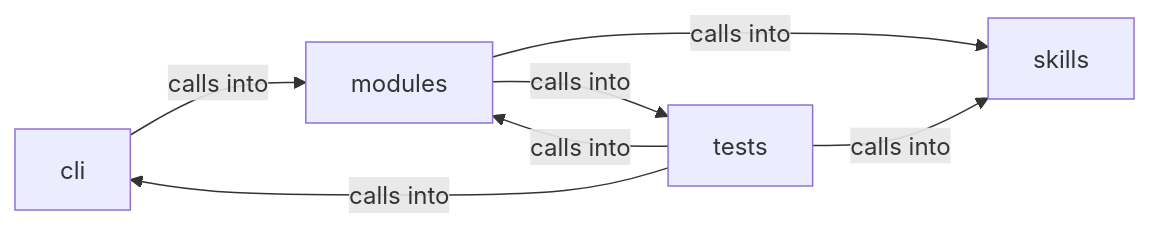
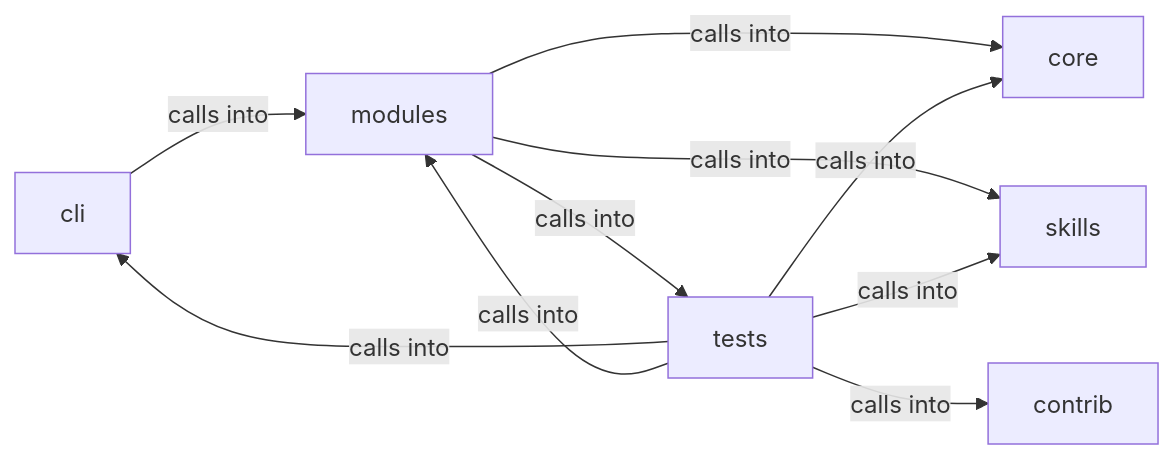
The diagram in readmenator-diagrams/modules_lazyown_facts.md (grisuno/LazyOwn), drawn with Mermaid before and after one commit. The commit also changed other lines of this file and 424 other files, not shown here.

````diff
--- a/readmenator-diagrams/modules_lazyown_facts.md
+++ b/readmenator-diagrams/modules_lazyown_facts.md
@@ -5,13 +5,18 @@
 ```mermaid
 graph LR
     cli["cli"]
+    contrib["contrib"]
+    core["core"]
     modules["modules"]
     skills["skills"]
     tests["tests"]
     cli -- "calls into" --> modules
+    modules -- "calls into" --> core
     modules -- "calls into" --> skills
     modules -- "calls into" --> tests
     tests -- "calls into" --> cli
+    tests -- "calls into" --> contrib
+    tests -- "calls into" --> core
     tests -- "calls into" --> modules
     tests -- "calls into" --> skills
 ```
````
